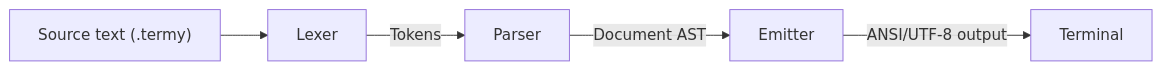
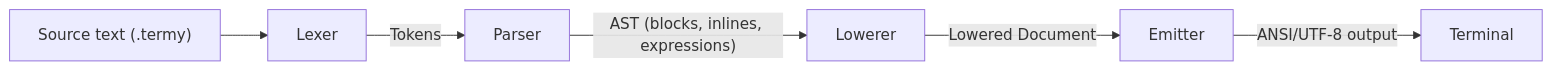
One commit to RoghanBehm/terminyl changed the diagram in README.md. Above: the diagram before and after it, drawn with Mermaid. The commit also changed other lines of this file, not shown here.

````diff
--- a/README.md
+++ b/README.md
@@ -13,7 +19,8 @@
 ```mermaid
 graph LR
     A["Source text (.termy)"] --> B["Lexer"]
     B -->|"Tokens"| C["Parser"]
-    C -->|"Document AST"| D["Emitter"]
-    D -->|"ANSI/UTF-8 output"| E["Terminal"]
+    C -->|"AST (blocks, inlines, expressions)"| D["Lowerer"]
+    D -->|"Lowered Document"| E["Emitter"]
+    E -->|"ANSI/UTF-8 output"| F["Terminal"]
 ```
````
